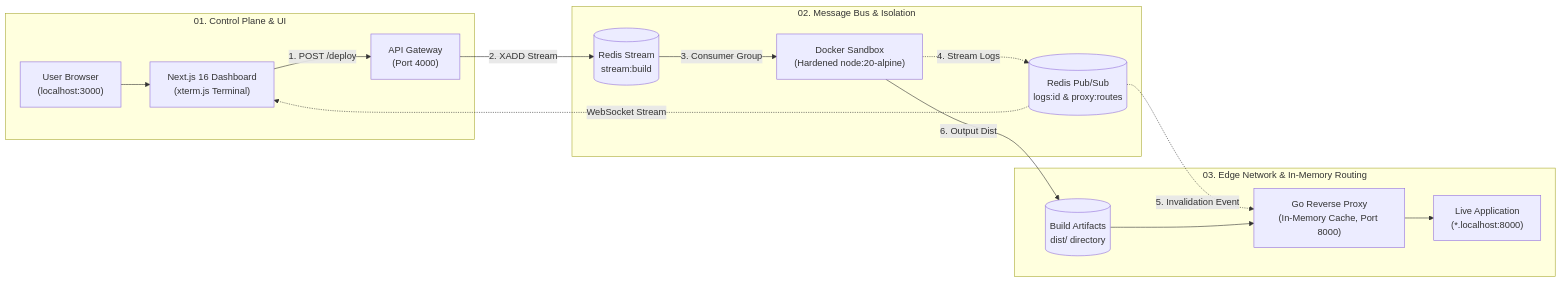
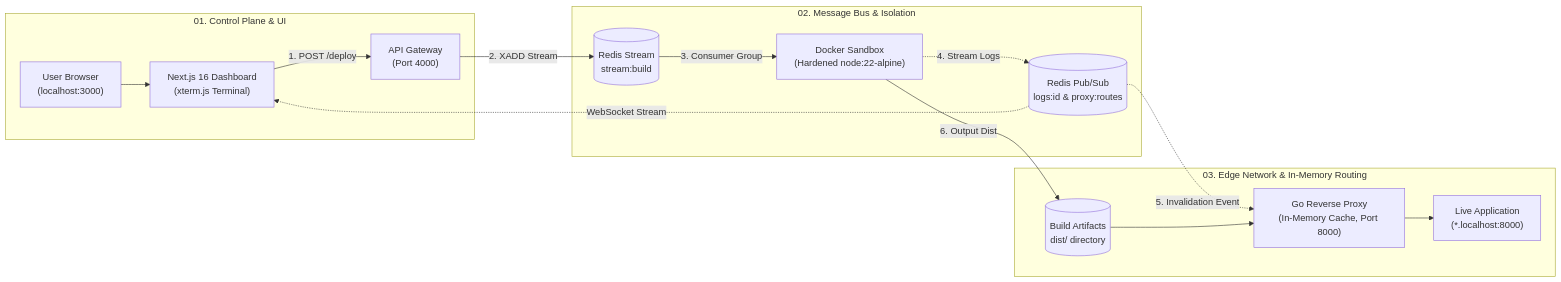
Before and after one commit to gxmngi/stratus-cloud: the diagram in README.md, drawn with Mermaid. The commit also changed other lines of this file and 14 other files, not shown here.

````diff
--- a/README.md
+++ b/README.md
@@ -60,31 +60,31 @@
 ```mermaid
 flowchart LR
     subgraph UI ["01. Control Plane & UI"]
         Dev["User Browser<br/>(localhost:3000)"]
         Dash["Next.js 16 Dashboard<br/>(xterm.js Terminal)"]
         API["API Gateway<br/>(Port 4000)"]
         Dev --> Dash
         Dash -->|"1. POST /deploy"| API
     end
 
     subgraph Broker ["02. Message Bus & Isolation"]
         RedisStream[("Redis Stream<br/>stream:build")]
-        Docker["Docker Sandbox<br/>(Hardened node:20-alpine)"]
+        Docker["Docker Sandbox<br/>(Hardened node:22-alpine)"]
         RedisPubSub[("Redis Pub/Sub<br/>logs:id & proxy:routes")]
         RedisStream -->|"3. Consumer Group"| Docker
         Docker -.->|"4. Stream Logs"| RedisPubSub
     end
 
     subgraph Edge ["03. Edge Network & In-Memory Routing"]
         Dist[("Build Artifacts<br/>dist/ directory")]
         GoProxy["Go Reverse Proxy<br/>(In-Memory Cache, Port 8000)"]
         App["Live Application<br/>(*.localhost:8000)"]
         RedisPubSub -.->|"5. Invalidation Event"| GoProxy
         Dist --> GoProxy
         GoProxy --> App
     end
 
     API -->|"2. XADD Stream"| RedisStream
     RedisPubSub -.->|"WebSocket Stream"| Dash
     Docker -->|"6. Output Dist"| Dist
 ```
````
